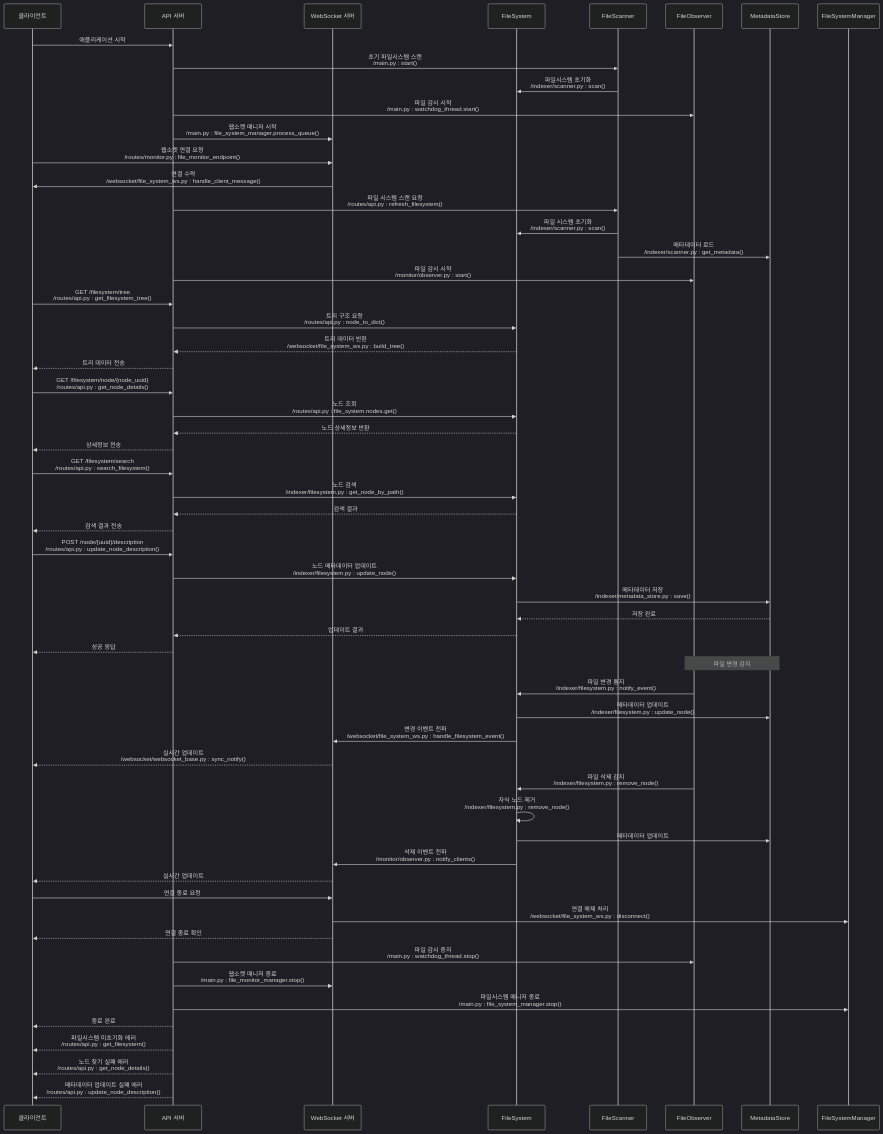
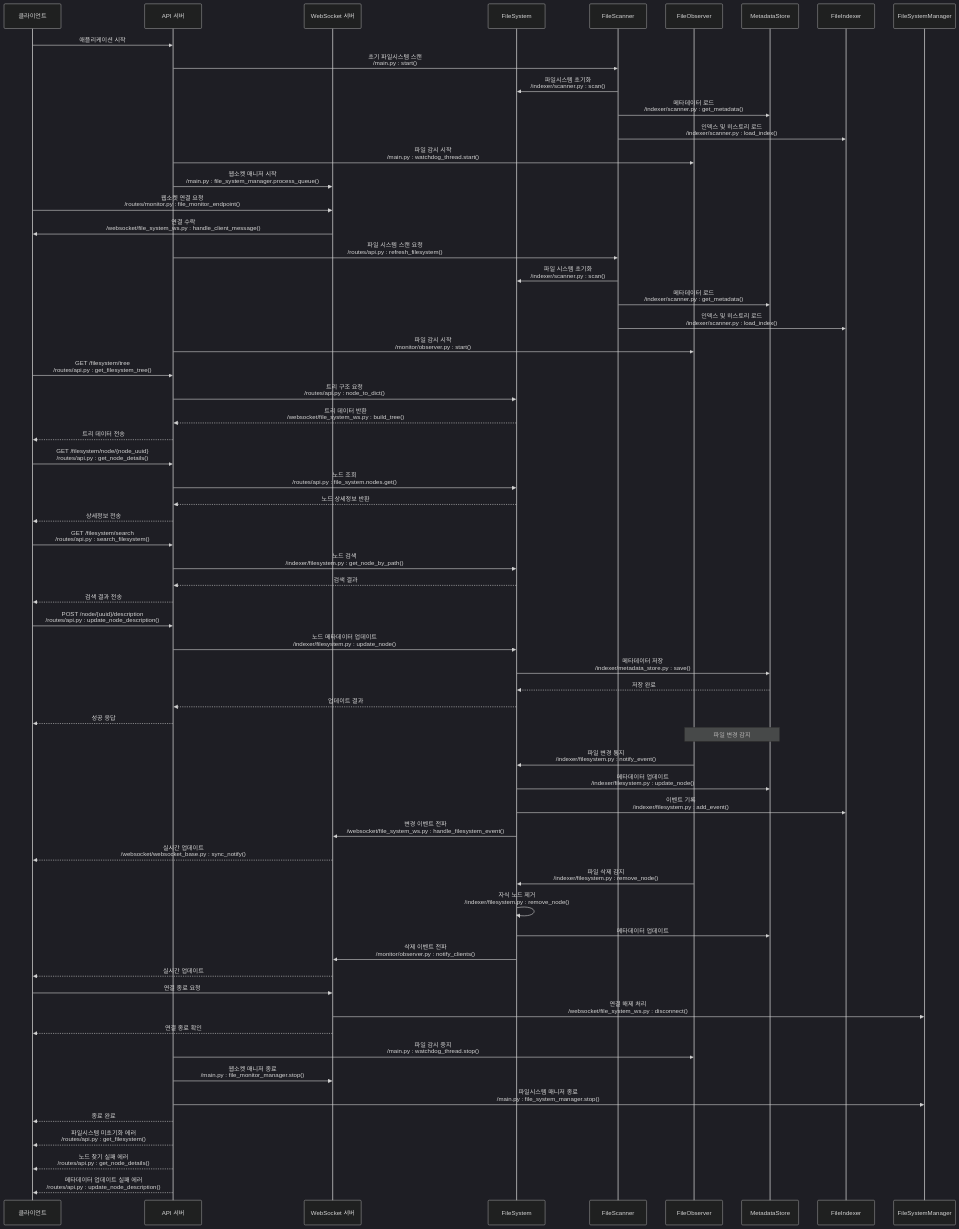
Before and after one commit to KimTaekGwan/file-management: the second of 3 diagrams in back-end/README.md, drawn with Mermaid (dark theme). The commit also changed other lines of this file and 8 other files, not shown here.

```diff
--- a/back-end/README.md
+++ b/back-end/README.md
@@ -46,11 +52,14 @@
     participant Scanner as FileScanner
     participant Observer as FileObserver
     participant Store as MetadataStore
+    participant FileIndexer as FileIndexer
 
     %% 1. 애플리케이션 시작
     Client->>API: 애플리케이션 시작
     API->>Scanner: 초기 파일시스템 스캔<br>/main.py : start()
     Scanner->>FS: 파일시스템 초기화<br>/indexer/scanner.py : scan()
+    Scanner->>Store: 메타데이터 로드<br>/indexer/scanner.py : get_metadata()
+    Scanner->>FileIndexer: 인덱스 및 히스토리 로드<br>/indexer/scanner.py : load_index()
     API->>Observer: 파일 감시 시작<br>/main.py : watchdog_thread.start()
     API->>WS: 웹소켓 매니저 시작<br>/main.py : file_system_manager.process_queue()
 
@@ -62,6 +71,7 @@
     API->>Scanner: 파일 시스템 스캔 요청<br>/routes/api.py : refresh_filesystem()
     Scanner->>FS: 파일 시스템 초기화<br>/indexer/scanner.py : scan()
     Scanner->>Store: 메타데이터 로드<br>/indexer/scanner.py : get_metadata()
+    Scanner->>FileIndexer: 인덱스 및 히스토리 로드<br>/indexer/scanner.py : load_index()
     API->>Observer: 파일 감시 시작<br>/monitor/observer.py : start()
 
     %% 4. 파일 트리 조회
@@ -94,6 +104,7 @@
     Note over Observer,Store: 파일 변경 감지
     Observer->>FS: 파일 변경 통지<br>/indexer/filesystem.py : notify_event()
     FS->>Store: 메타데이터 업데이트<br>/indexer/filesystem.py : update_node()
+    FS->>FileIndexer: 이벤트 기록<br>/indexer/filesystem.py : add_event()
     FS->>WS: 변경 이벤트 전파<br>/websocket/file_system_ws.py : handle_filesystem_event()
     WS-->>Client: 실시간 업데이트<br>/websocket/websocket_base.py : sync_notify()
 
```
